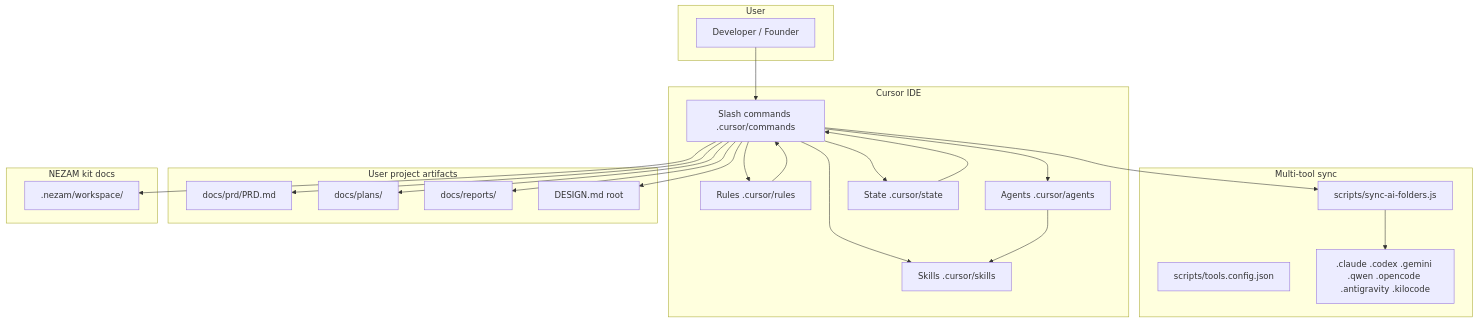
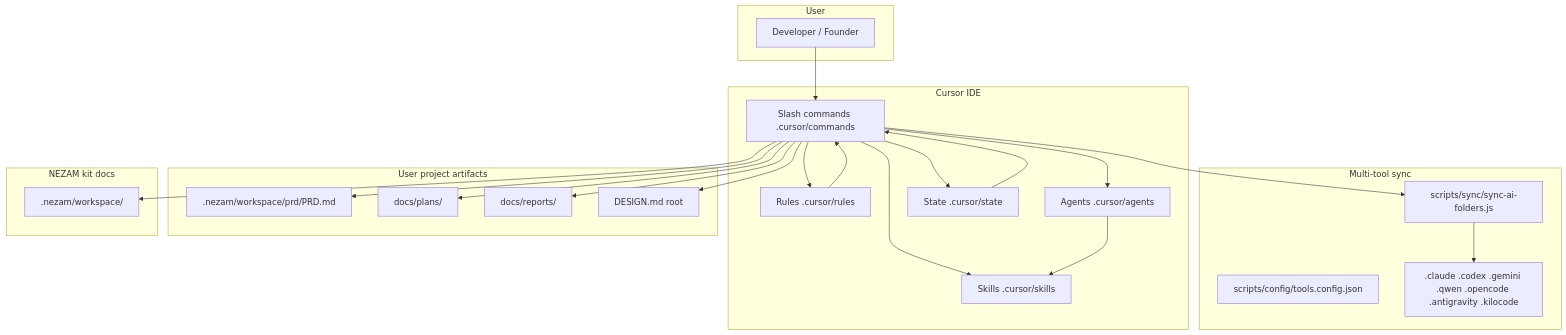
Before and after one commit to iDorgham/Nezam: the diagram in .nezam/workspace/docs/grok.md, drawn with Mermaid. The commit also changed other lines of this file and 2550 other files, not shown here.

````diff
--- a/.nezam/workspace/docs/grok.md
+++ b/.nezam/workspace/docs/grok.md
@@ -60,47 +60,47 @@
 ```mermaid
 flowchart TB
   subgraph User
     U[Developer / Founder]
   end
 
   subgraph CursorIDE[Cursor IDE]
     CMD[Slash commands .cursor/commands]
     RUL[Rules .cursor/rules]
     AG[Agents .cursor/agents]
     SK[Skills .cursor/skills]
     ST[State .cursor/state]
   end
 
   subgraph Sync[Multi-tool sync]
-    SAF[scripts/sync-ai-folders.js]
-    TCFG[scripts/tools.config.json]
+    SAF[scripts/sync/sync-ai-folders.js]
+    TCFG[scripts/config/tools.config.json]
     MIRRORS[.claude .codex .gemini .qwen .opencode .antigravity .kilocode]
   end
 
   subgraph ProjectDocs[User project artifacts]
-    PRD[docs/prd/PRD.md]
+    PRD[.nezam/workspace/prd/PRD.md]
     PLN[docs/plans/]
     REP[docs/reports/]
     DM[DESIGN.md root]
   end
 
   subgraph NezamDocs[NEZAM kit docs]
     NZ[.nezam/workspace/]
   end
 
   U --> CMD
   CMD --> RUL
   CMD --> AG
   CMD --> SK
   CMD --> ST
   AG --> SK
   RUL --> CMD
   ST --> CMD
   SAF --> MIRRORS
   CMD --> SAF
   CMD --> PRD
   CMD --> PLN
   CMD --> REP
   CMD --> DM
   CMD --> NZ
 ```
````
